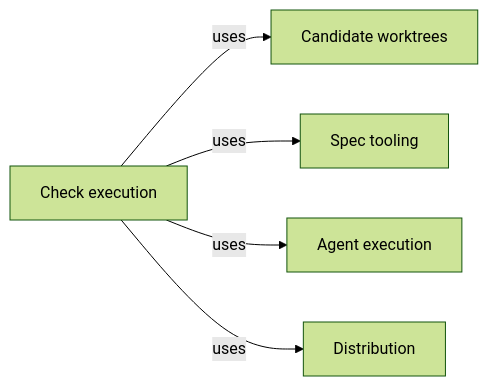
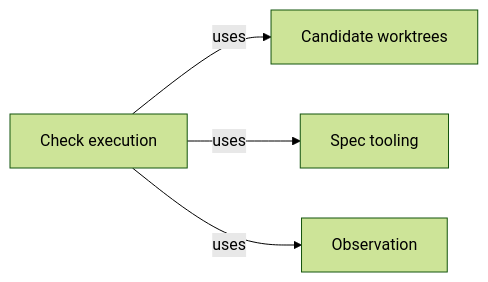
One commit to FTOD/concorde changed the second of 2 diagrams in specs/concorde/harness/checks/module.md. Above: the diagram before and after it, drawn with Mermaid (forest theme). The commit also changed other lines of this file and 213 other files, not shown here.

First line of the commit message:
Rewrite Concorde's Specs for the layered architecture

````diff
--- a/specs/concorde/harness/checks/module.md
+++ b/specs/concorde/harness/checks/module.md
@@ -181,14 +207,12 @@
 ```mermaid
 flowchart LR
     accTitle: Check execution and its providers
     accDescr: The Modules whose promises Check execution relies on.
     me[Check execution]
     worktrees[Candidate worktrees]
     spec[Spec tooling]
-    execution[Agent execution]
-    distribution[Distribution]
+    observation[Observation]
     me -->|uses| worktrees
     me -->|uses| spec
-    me -->|uses| execution
-    me -->|uses| distribution
+    me -->|uses| observation
 ```
````
